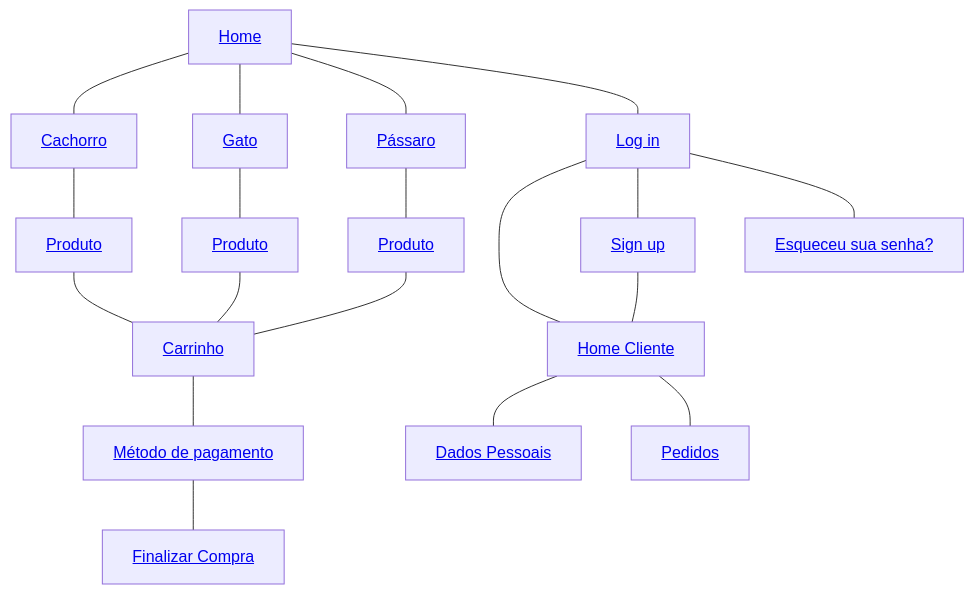
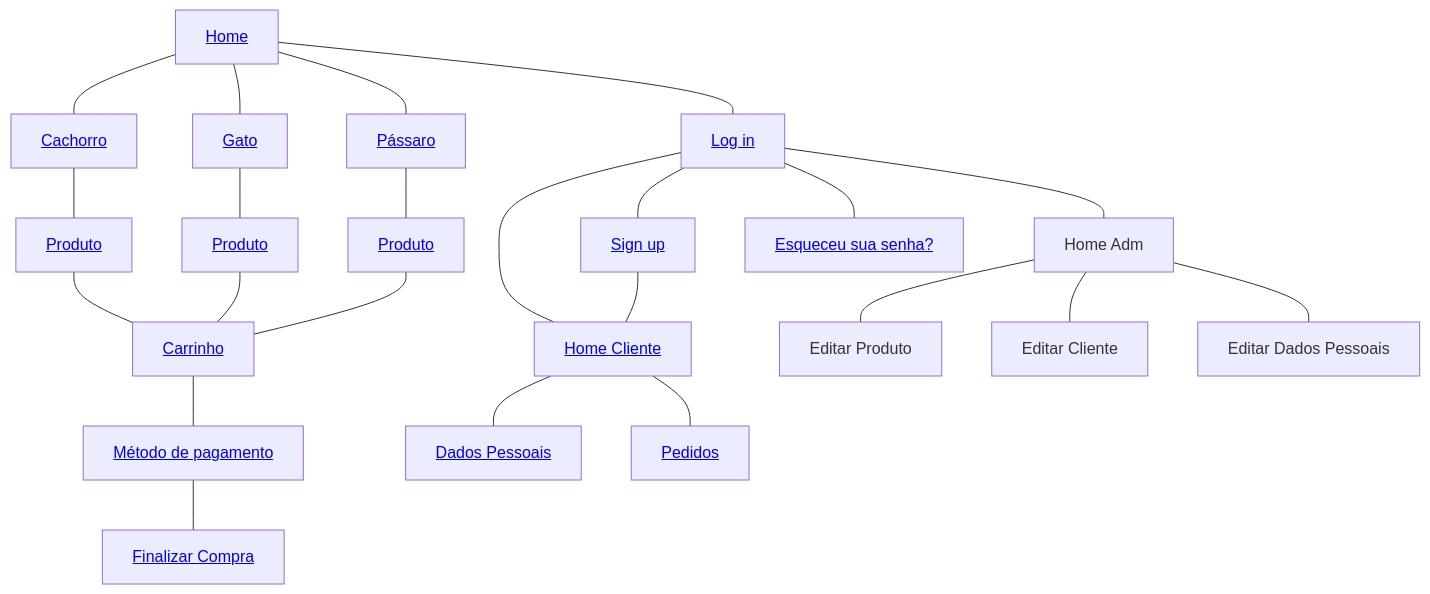
One commit to viniciussm07/pet-shop changed the diagram in README.md. Above: the diagram before and after it, drawn with Mermaid.

````diff
--- a/README.md
+++ b/README.md
@@ -23,25 +23,32 @@
 ```mermaid
   graph TD;
       Home[<a href='https://raw.githubusercontent.com/viniciussm07/pet-shop/main/mockups/mockupHome.png'>Home</a>]---Cachorro[<a href='https://raw.githubusercontent.com/viniciussm07/pet-shop/main/mockups/mockupSecaoCachorro.png'>Cachorro</a>];
       Cachorro---produto1[<a href='https://raw.githubusercontent.com/viniciussm07/pet-shop/main/mockups/mockupProdutoCachorro.png'>Produto</a>];
       
       Home---Gato[<a href='https://raw.githubusercontent.com/viniciussm07/pet-shop/main/mockups/mockupSecaoGato.png'>Gato</a>];
       Gato---produto2[<a href='https://raw.githubusercontent.com/viniciussm07/pet-shop/main/mockups/mockupProdutoGato.png'>Produto</a>];
       
       Home---Pássaro[<a href='https://raw.githubusercontent.com/viniciussm07/pet-shop/main/mockups/mockupSecaoPassaro.png'>Pássaro</a>];
       Pássaro---produto3[<a href='https://github.com/viniciussm07/pet-shop/blob/main/mockups/mockupProdutoPassaro.png?raw=true'>Produto</a>];
+      
       Home---login[<a href='https://raw.githubusercontent.com/viniciussm07/pet-shop/main/mockups/mockupLogin.png'>Log in</a>];
       login---homeCliente[<a href='https://github.com/viniciussm07/pet-shop/blob/main/mockups/mockupHomeClient.png?raw=true'>Home Cliente</a>]
       login---register[<a href='https://raw.githubusercontent.com/viniciussm07/pet-shop/main/mockups/mockupSignUp.png'>Sign up</a>]
       login---esqueciASenha[<a href='https://raw.githubusercontent.com/viniciussm07/pet-shop/main/mockups/mockupRecuperacaoSenha.png'>Esqueceu sua senha?</a>];
+      login---homeAdm[Home Adm]
+      
+      homeAdm---editarProduto[Editar Produto]
+      homeAdm---editarCliente[Editar Cliente]
+      homeAdm---editarDados[Editar Dados Pessoais]
+      
       register---homeCliente
       homeCliente---dadosPessoais[<a href='https://raw.githubusercontent.com/viniciussm07/pet-shop/main/mockups/mockupMeusDados.png'>Dados Pessoais</a>]
       homeCliente---Pedidos[<a href='https://raw.githubusercontent.com/viniciussm07/pet-shop/main/mockups/mockupMeusPedidos.png'>Pedidos</a>]
       
       produto1---carrinho[<a href='https://raw.githubusercontent.com/viniciussm07/pet-shop/main/mockups/mockupCarrinhoDeCompras.png'>Carrinho</a>]
       produto2---carrinho
       produto3---carrinho
       
       carrinho---metodoDePagamento[<a href='https://raw.githubusercontent.com/viniciussm07/pet-shop/main/mockups/mockupPagamento.png'>Método de pagamento</a>]
       metodoDePagamento---finalizarCompra[<a href='https://github.com/viniciussm07/pet-shop/blob/main/mockups/mockupFinalizarCompra.png?raw=true'>Finalizar Compra </a>]
 ```
````
